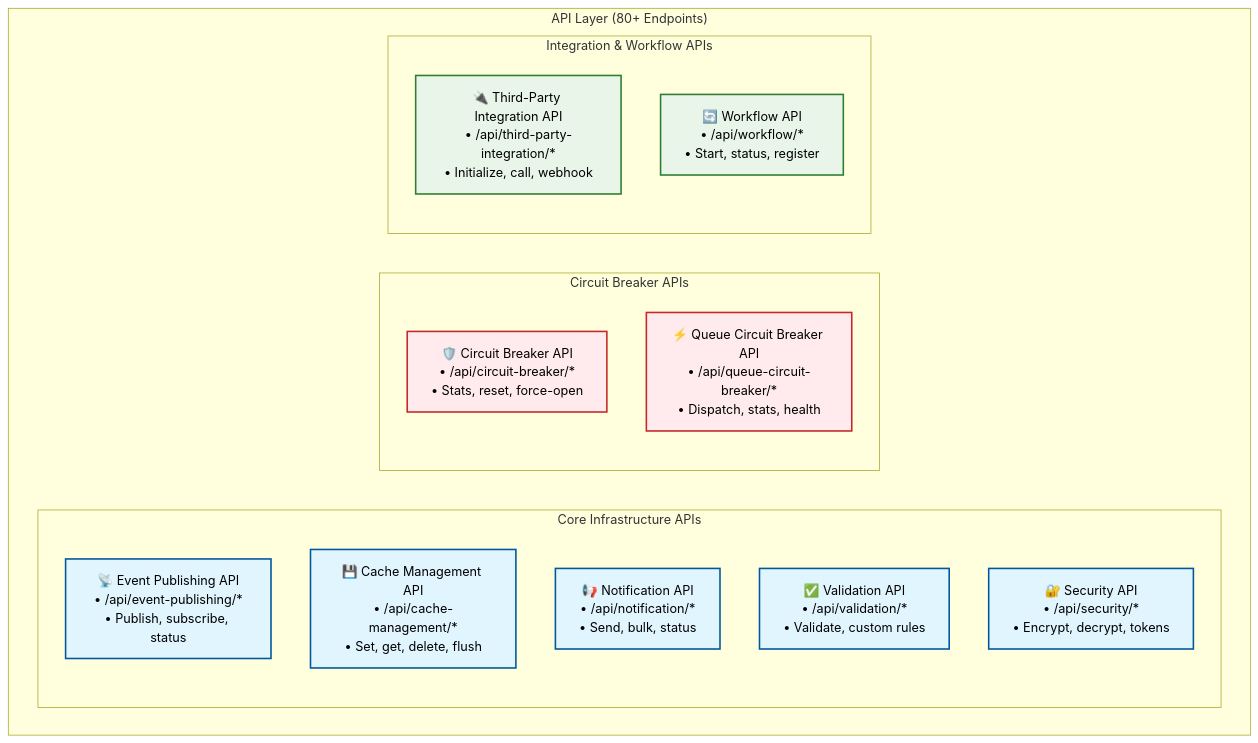
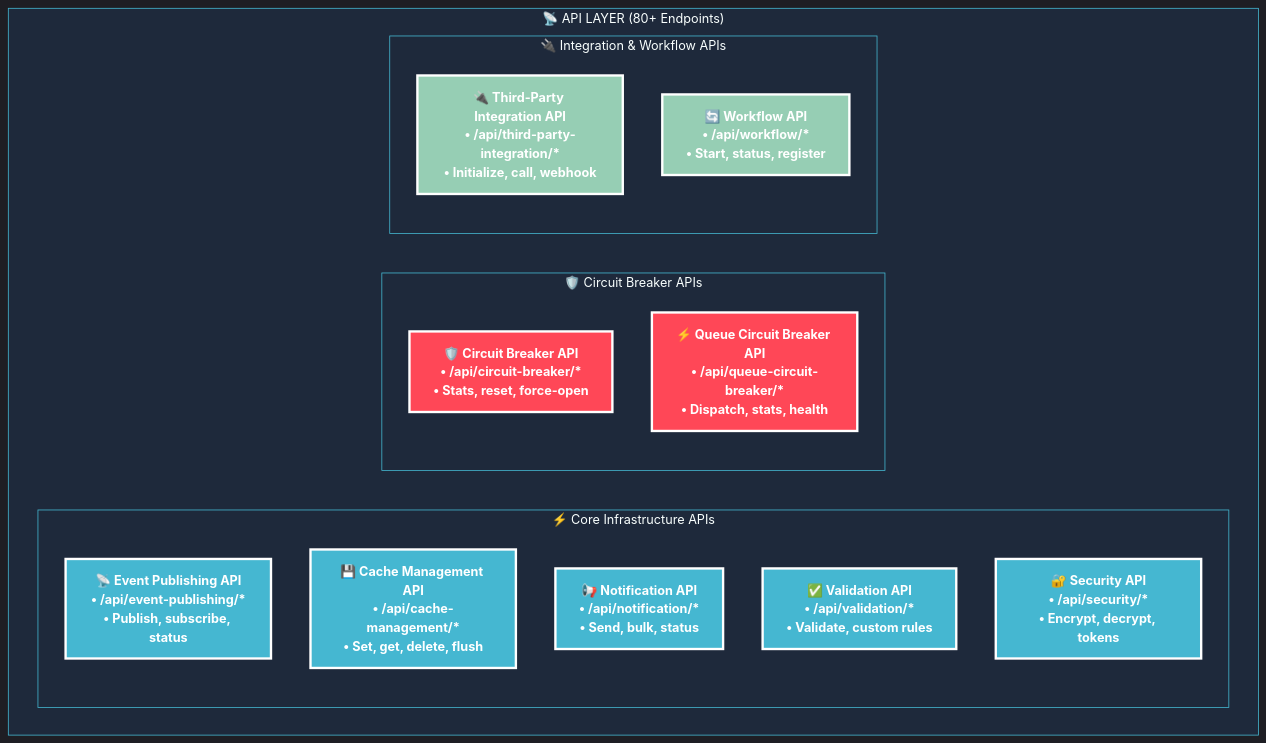
One commit to abdoElHodaky/larvrevrstender changed the sixth of 8 diagrams in diagrams/microservices-architecture.md. Above: the diagram before and after it, drawn with Mermaid. The commit also changed other lines of this file and 1 other file, not shown here.

First line of the commit message:
feat: Redesign microservices and workflow diagrams with distinguished eye-catching styling

````diff
--- a/diagrams/microservices-architecture.md
+++ b/diagrams/microservices-architecture.md
@@ -264,30 +348,45 @@
 ```mermaid
+%%{init: {
+  'theme': 'dark',
+  'themeVariables': {
+    'primaryColor': '#45B7D1',
+    'primaryTextColor': '#FFFFFF',
+    'primaryBorderColor': '#6BC5D8',
+    'lineColor': '#4ECDC4',
+    'background': '#0F172A',
+    'mainBkg': '#1E293B',
+    'clusterBkg': '#1E293B',
+    'clusterBorder': '#45B7D1',
+    'nodeTextColor': '#FFFFFF'
+  }
+}}%%
+
 graph TB
-    subgraph "API Layer (80+ Endpoints)"
-        subgraph "Core Infrastructure APIs"
+    subgraph "📡 API LAYER (80+ Endpoints)"
+        subgraph "⚡ Core Infrastructure APIs"
             EVENT_API[📡 Event Publishing API<br/>• /api/event-publishing/*<br/>• Publish, subscribe, status]
             CACHE_API[💾 Cache Management API<br/>• /api/cache-management/*<br/>• Set, get, delete, flush]
             NOTIFY_API[📢 Notification API<br/>• /api/notification/*<br/>• Send, bulk, status]
             VALID_API[✅ Validation API<br/>• /api/validation/*<br/>• Validate, custom rules]
             SEC_API[🔐 Security API<br/>• /api/security/*<br/>• Encrypt, decrypt, tokens]
         end
         
-        subgraph "Circuit Breaker APIs"
+        subgraph "🛡️ Circuit Breaker APIs"
             CB_API[🛡️ Circuit Breaker API<br/>• /api/circuit-breaker/*<br/>• Stats, reset, force-open]
             QCB_API[⚡ Queue Circuit Breaker API<br/>• /api/queue-circuit-breaker/*<br/>• Dispatch, stats, health]
         end
         
-        subgraph "Integration & Workflow APIs"
+        subgraph "🔌 Integration & Workflow APIs"
             TPI_API[🔌 Third-Party Integration API<br/>• /api/third-party-integration/*<br/>• Initialize, call, webhook]
             WF_API[🔄 Workflow API<br/>• /api/workflow/*<br/>• Start, status, register]
         end
     end
 
-    classDef apiStyle fill:#e1f5fe,stroke:#01579b,stroke-width:2px,color:#000
-    classDef cbApiStyle fill:#ffebee,stroke:#c62828,stroke-width:2px,color:#000
-    classDef intApiStyle fill:#e8f5e8,stroke:#2e7d32,stroke-width:2px,color:#000
+    classDef apiStyle fill:#45B7D1,stroke:#FFFFFF,stroke-width:3px,color:#FFFFFF,font-weight:bold
+    classDef cbApiStyle fill:#FF4757,stroke:#FFFFFF,stroke-width:3px,color:#FFFFFF,font-weight:bold
+    classDef intApiStyle fill:#96CEB4,stroke:#FFFFFF,stroke-width:3px,color:#FFFFFF,font-weight:bold
     
     class EVENT_API,CACHE_API,NOTIFY_API,VALID_API,SEC_API apiStyle
     class CB_API,QCB_API cbApiStyle
     class TPI_API,WF_API intApiStyle
 ```
````
